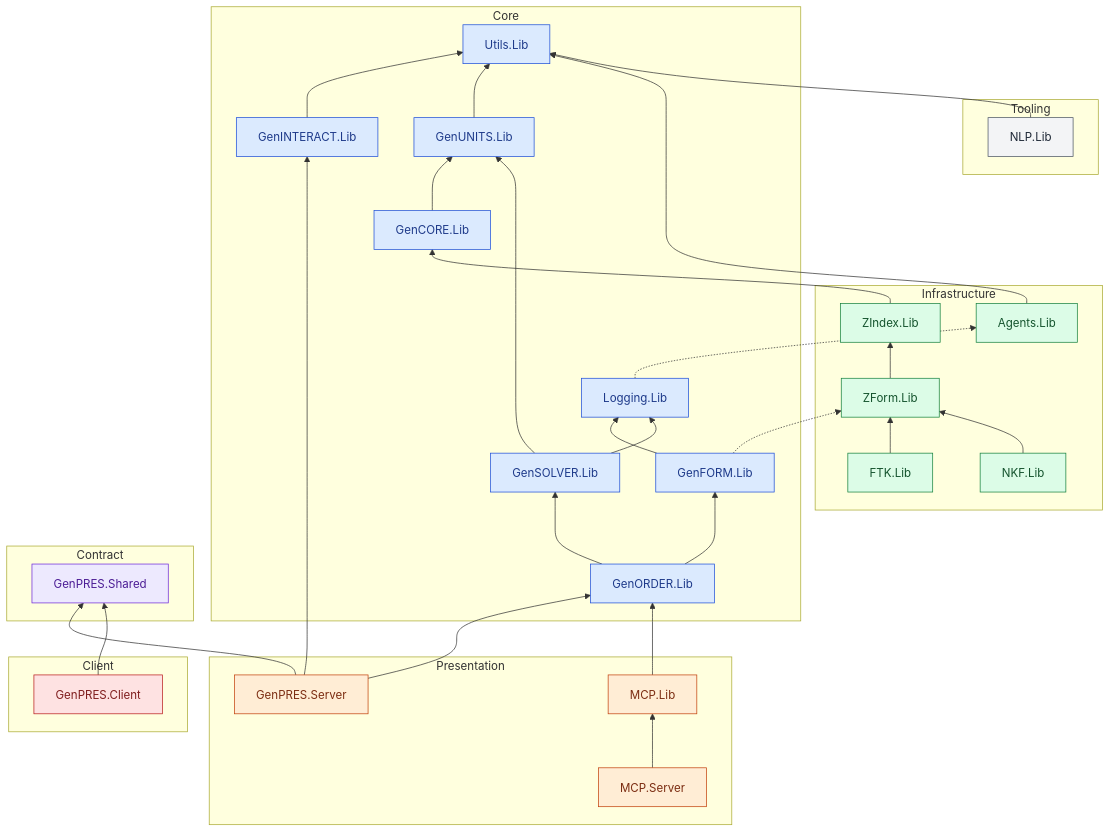
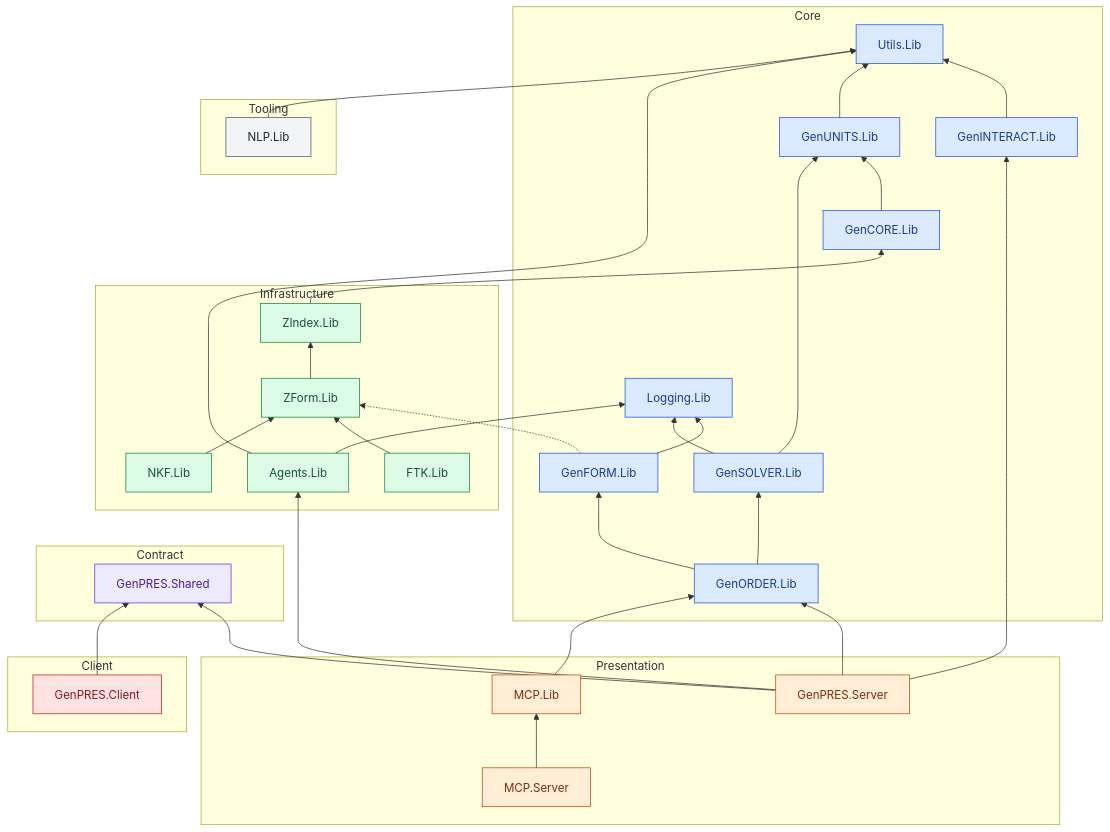
One commit to informedica/GenPRES changed the diagram in ARCHITECTURE.md. Above: the diagram before and after it, drawn with Mermaid. The commit also changed other lines of this file, not shown here.

Commit message:
docs: regenerate the project graph
The logging change reverses the edge between Logging.Lib and Agents.Lib
and adds a server reference to Agents.Lib. The stale diagram failed the
project graph check, the first CI step, so the merged state was never
compiled or tested.

````diff
--- a/ARCHITECTURE.md
+++ b/ARCHITECTURE.md
@@ -23,68 +23,69 @@
 ```mermaid
 graph BT
     subgraph Core
         GenCORE_Lib["GenCORE.Lib"]
         GenFORM_Lib["GenFORM.Lib"]
         GenINTERACT_Lib["GenINTERACT.Lib"]
         GenORDER_Lib["GenORDER.Lib"]
         GenSOLVER_Lib["GenSOLVER.Lib"]
         GenUNITS_Lib["GenUNITS.Lib"]
         Logging_Lib["Logging.Lib"]
         Utils_Lib["Utils.Lib"]
     end
     subgraph Contract
         GenPRES_Shared["GenPRES.Shared"]
     end
     subgraph Infrastructure
         Agents_Lib["Agents.Lib"]
         FTK_Lib["FTK.Lib"]
         NKF_Lib["NKF.Lib"]
         ZForm_Lib["ZForm.Lib"]
         ZIndex_Lib["ZIndex.Lib"]
     end
     subgraph Presentation
         GenPRES_Server["GenPRES.Server"]
         MCP_Lib["MCP.Lib"]
         MCP_Server["MCP.Server"]
     end
     subgraph Client
         GenPRES_Client["GenPRES.Client"]
     end
     subgraph Tooling
         NLP_Lib["NLP.Lib"]
     end
     GenCORE_Lib --> GenUNITS_Lib
     GenFORM_Lib --> Logging_Lib
     GenFORM_Lib -.-> ZForm_Lib
     GenINTERACT_Lib --> Utils_Lib
     GenORDER_Lib --> GenSOLVER_Lib
     GenORDER_Lib --> GenFORM_Lib
     GenSOLVER_Lib --> GenUNITS_Lib
     GenSOLVER_Lib --> Logging_Lib
     GenUNITS_Lib --> Utils_Lib
-    Logging_Lib -.-> Agents_Lib
     Agents_Lib --> Utils_Lib
+    Agents_Lib --> Logging_Lib
     FTK_Lib --> ZForm_Lib
     NKF_Lib --> ZForm_Lib
     ZForm_Lib --> ZIndex_Lib
     ZIndex_Lib --> GenCORE_Lib
     GenPRES_Server --> GenPRES_Shared
     GenPRES_Server --> GenORDER_Lib
     GenPRES_Server --> GenINTERACT_Lib
+    GenPRES_Server --> Agents_Lib
     MCP_Lib --> GenORDER_Lib
     MCP_Server --> MCP_Lib
     GenPRES_Client --> GenPRES_Shared
     NLP_Lib --> Utils_Lib
     classDef Core fill:#dbeafe,stroke:#1d4ed8,color:#1e3a8a
     class GenCORE_Lib,GenFORM_Lib,GenINTERACT_Lib,GenORDER_Lib,GenSOLVER_Lib,GenUNITS_Lib,Logging_Lib,Utils_Lib Core
     classDef Contract fill:#ede9fe,stroke:#6d28d9,color:#4c1d95
     class GenPRES_Shared Contract
     classDef Infrastructure fill:#dcfce7,stroke:#15803d,color:#14532d
     class Agents_Lib,FTK_Lib,NKF_Lib,ZForm_Lib,ZIndex_Lib Infrastructure
     classDef Presentation fill:#ffedd5,stroke:#c2410c,color:#7c2d12
     class GenPRES_Server,MCP_Lib,MCP_Server Presentation
     classDef Client fill:#fee2e2,stroke:#b91c1c,color:#7f1d1d
     class GenPRES_Client Client
     classDef Tooling fill:#f3f4f6,stroke:#4b5563,color:#1f2937
     class NLP_Lib Tooling
 ```
````
